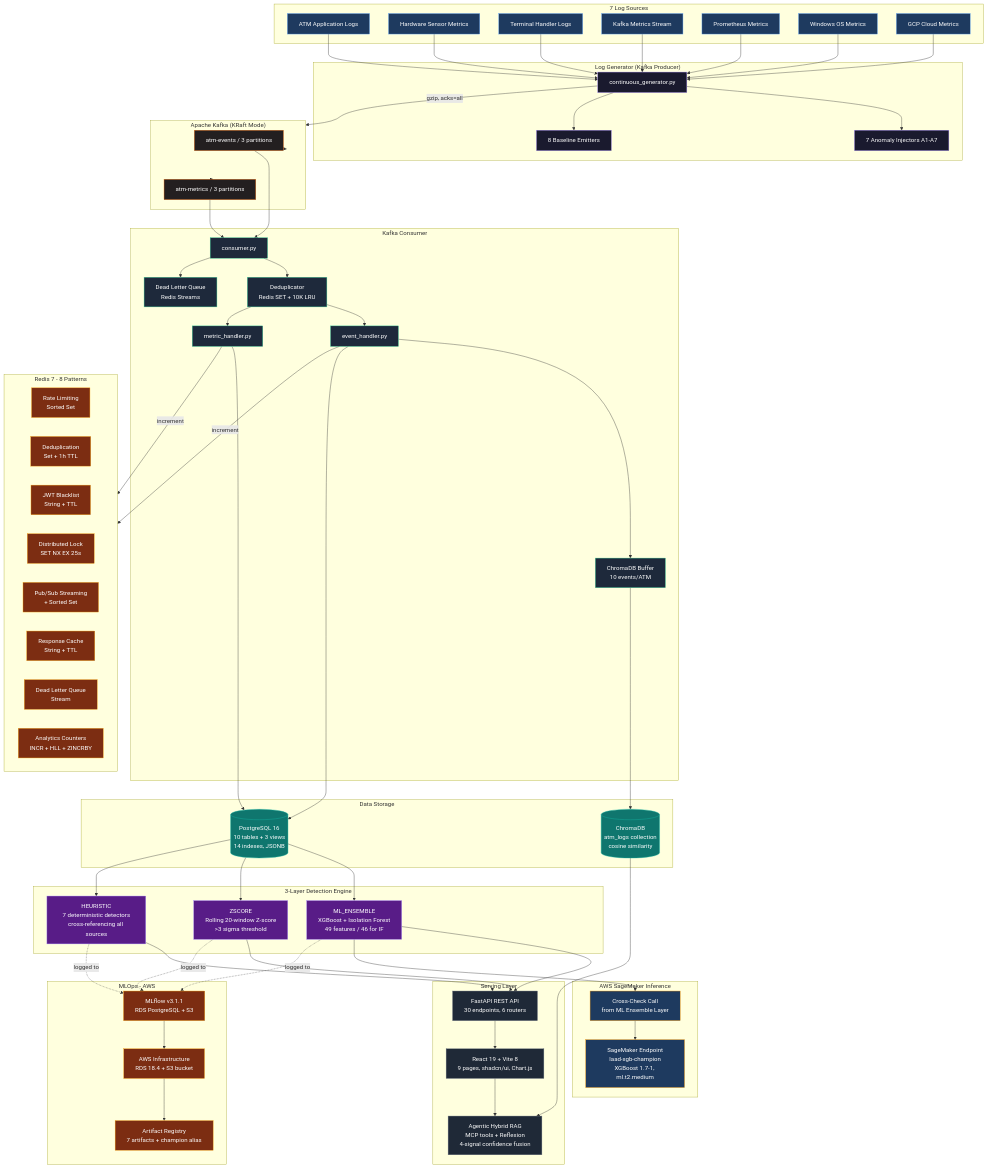
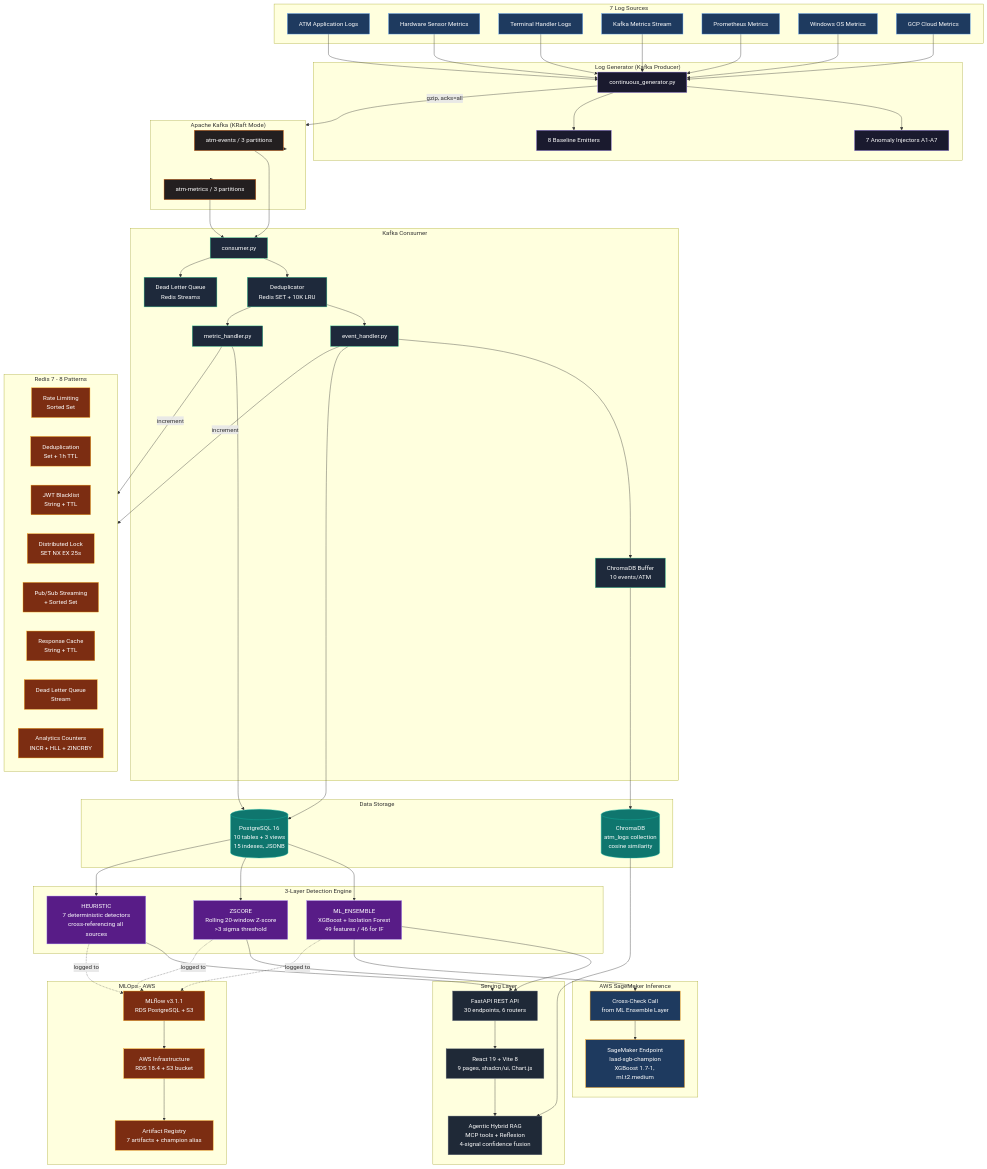
The first of 10 diagrams in docs/README-full.md (AhmedIkram05/laad), drawn with Mermaid before and after one commit. The commit also changed other lines of this file and 1 other file, not shown here.

First line of the commit message:
docs: update README and full documentation for PostgreSQL schema changes and confidence system enhancements

```diff
--- a/docs/README-full.md
+++ b/docs/README-full.md
@@ -105,7 +105,7 @@
   end
 
   subgraph Storage ["Data Storage"]
-    PG[("PostgreSQL 16<br/>10 tables + 3 views<br/>14 indexes, JSONB")]
+    PG[("PostgreSQL 16<br/>10 tables + 3 views<br/>15 indexes, JSONB")]
     CDB[("ChromaDB<br/>atm_logs collection<br/>cosine similarity")]
   end
 
```
